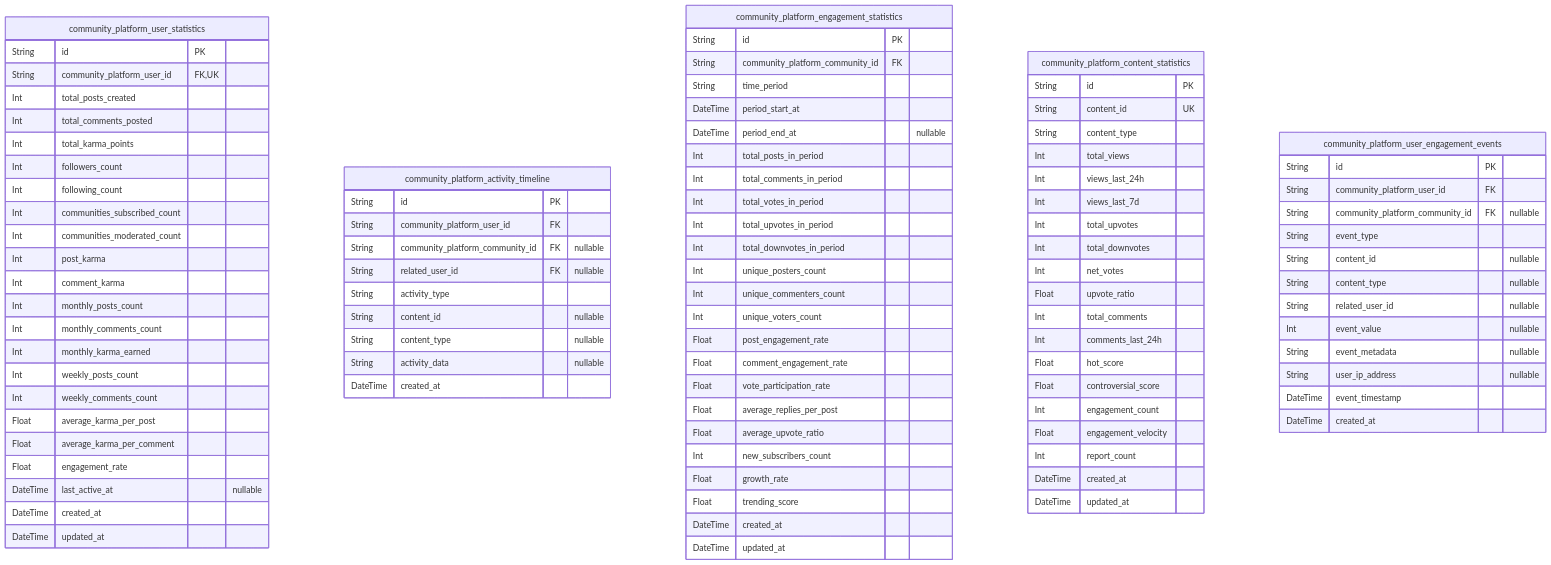
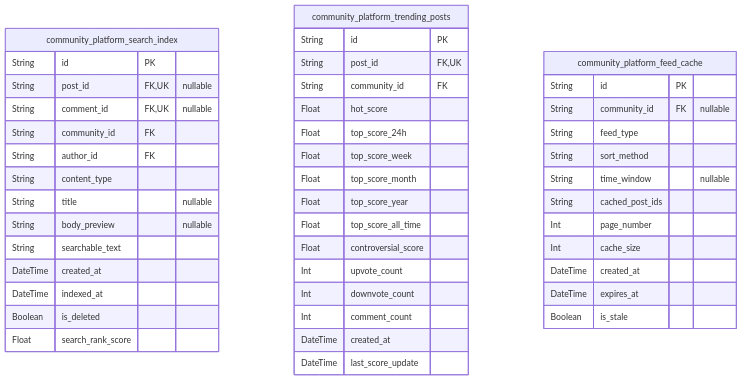
Before and after one commit to wrtnlabs/autobe-examples: the ninth of 9 diagrams in anthropic/claude-haiku-4.5/reddit/docs/ERD.md, drawn with Mermaid. The commit also changed other lines of this file and 16146 other files, not shown here.

````diff
--- a/anthropic/claude-haiku-4.5/reddit/docs/ERD.md
+++ b/anthropic/claude-haiku-4.5/reddit/docs/ERD.md
@@ -2292,98 +2356,48 @@
 ```mermaid
 erDiagram
-"community_platform_user_statistics" {
+"community_platform_search_index" {
   String id PK
-  String community_platform_user_id FK,UK
-  Int total_posts_created
-  Int total_comments_posted
-  Int total_karma_points
-  Int followers_count
-  Int following_count
-  Int communities_subscribed_count
-  Int communities_moderated_count
-  Int post_karma
-  Int comment_karma
-  Int monthly_posts_count
-  Int monthly_comments_count
-  Int monthly_karma_earned
-  Int weekly_posts_count
-  Int weekly_comments_count
-  Float average_karma_per_post
-  Float average_karma_per_comment
-  Float engagement_rate
-  DateTime last_active_at "nullable"
+  String post_id FK,UK "nullable"
+  String comment_id FK,UK "nullable"
+  String community_id FK
+  String author_id FK
+  String content_type
+  String title "nullable"
+  String body_preview "nullable"
+  String searchable_text
   DateTime created_at
-  DateTime updated_at
+  DateTime indexed_at
+  Boolean is_deleted
+  Float search_rank_score
 }
-"community_platform_activity_timeline" {
+"community_platform_trending_posts" {
   String id PK
-  String community_platform_user_id FK
-  String community_platform_community_id FK "nullable"
-  String related_user_id FK "nullable"
-  String activity_type
-  String content_id "nullable"
-  String content_type "nullable"
-  String activity_data "nullable"
+  String post_id FK,UK
+  String community_id FK
+  Float hot_score
+  Float top_score_24h
+  Float top_score_week
+  Float top_score_month
+  Float top_score_year
+  Float top_score_all_time
+  Float controversial_score
+  Int upvote_count
+  Int downvote_count
+  Int comment_count
   DateTime created_at
+  DateTime last_score_update
 }
-"community_platform_engagement_statistics" {
+"community_platform_feed_cache" {
   String id PK
-  String community_platform_community_id FK
-  String time_period
-  DateTime period_start_at
-  DateTime period_end_at "nullable"
-  Int total_posts_in_period
-  Int total_comments_in_period
-  Int total_votes_in_period
-  Int total_upvotes_in_period
-  Int total_downvotes_in_period
-  Int unique_posters_count
-  Int unique_commenters_count
-  Int unique_voters_count
-  Float post_engagement_rate
-  Float comment_engagement_rate
-  Float vote_participation_rate
-  Float average_replies_per_post
-  Float average_upvote_ratio
-  Int new_subscribers_count
-  Float growth_rate
-  Float trending_score
+  String community_id FK "nullable"
+  String feed_type
+  String sort_method
+  String time_window "nullable"
+  String cached_post_ids
+  Int page_number
+  Int cache_size
   DateTime created_at
-  DateTime updated_at
-}
-"community_platform_content_statistics" {
-  String id PK
-  String content_id UK
-  String content_type
-  Int total_views
-  Int views_last_24h
-  Int views_last_7d
-  Int total_upvotes
-  Int total_downvotes
-  Int net_votes
-  Float upvote_ratio
-  Int total_comments
-  Int comments_last_24h
-  Float hot_score
-  Float controversial_score
-  Int engagement_count
-  Float engagement_velocity
-  Int report_count
-  DateTime created_at
-  DateTime updated_at
-}
-"community_platform_user_engagement_events" {
-  String id PK
-  String community_platform_user_id FK
-  String community_platform_community_id FK "nullable"
-  String event_type
-  String content_id "nullable"
-  String content_type "nullable"
-  String related_user_id "nullable"
-  Int event_value "nullable"
-  String event_metadata "nullable"
-  String user_ip_address "nullable"
-  DateTime event_timestamp
-  DateTime created_at
+  DateTime expires_at
+  Boolean is_stale
 }
 ```
````
